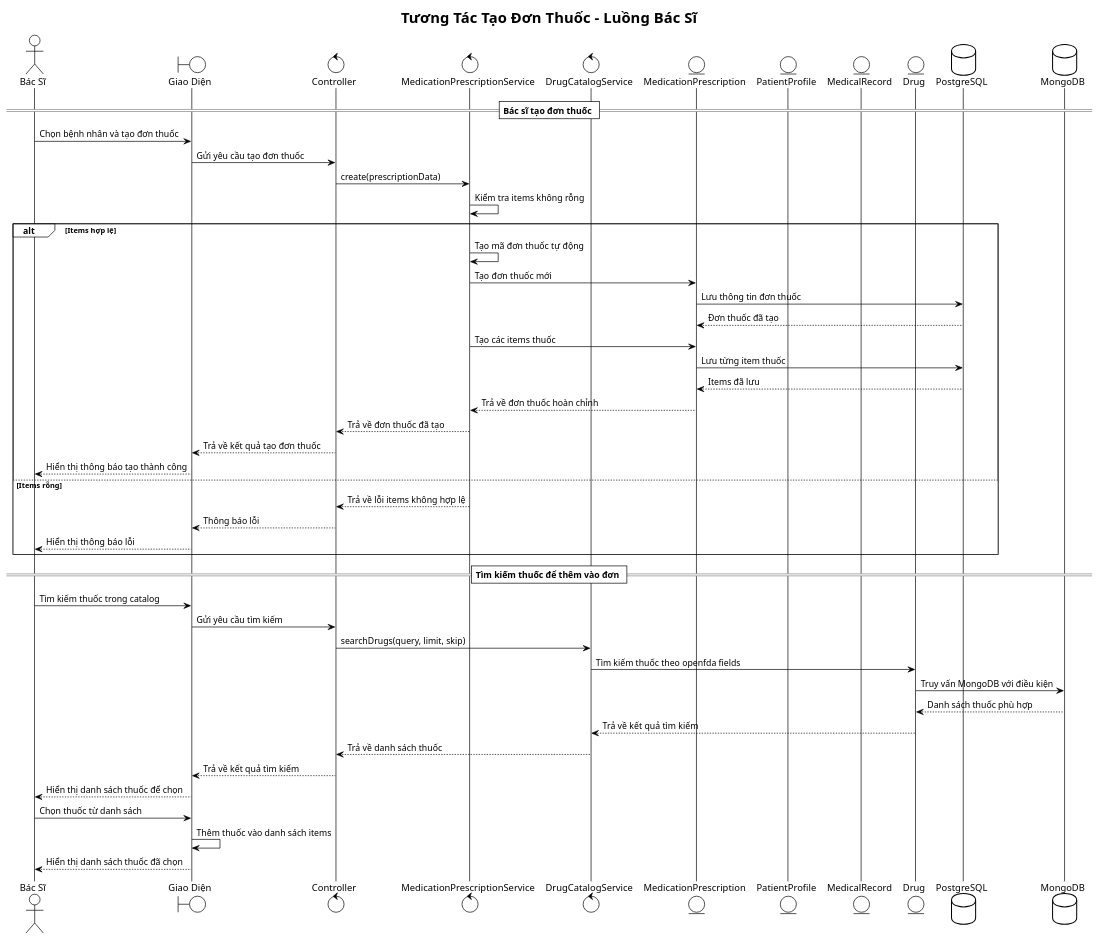
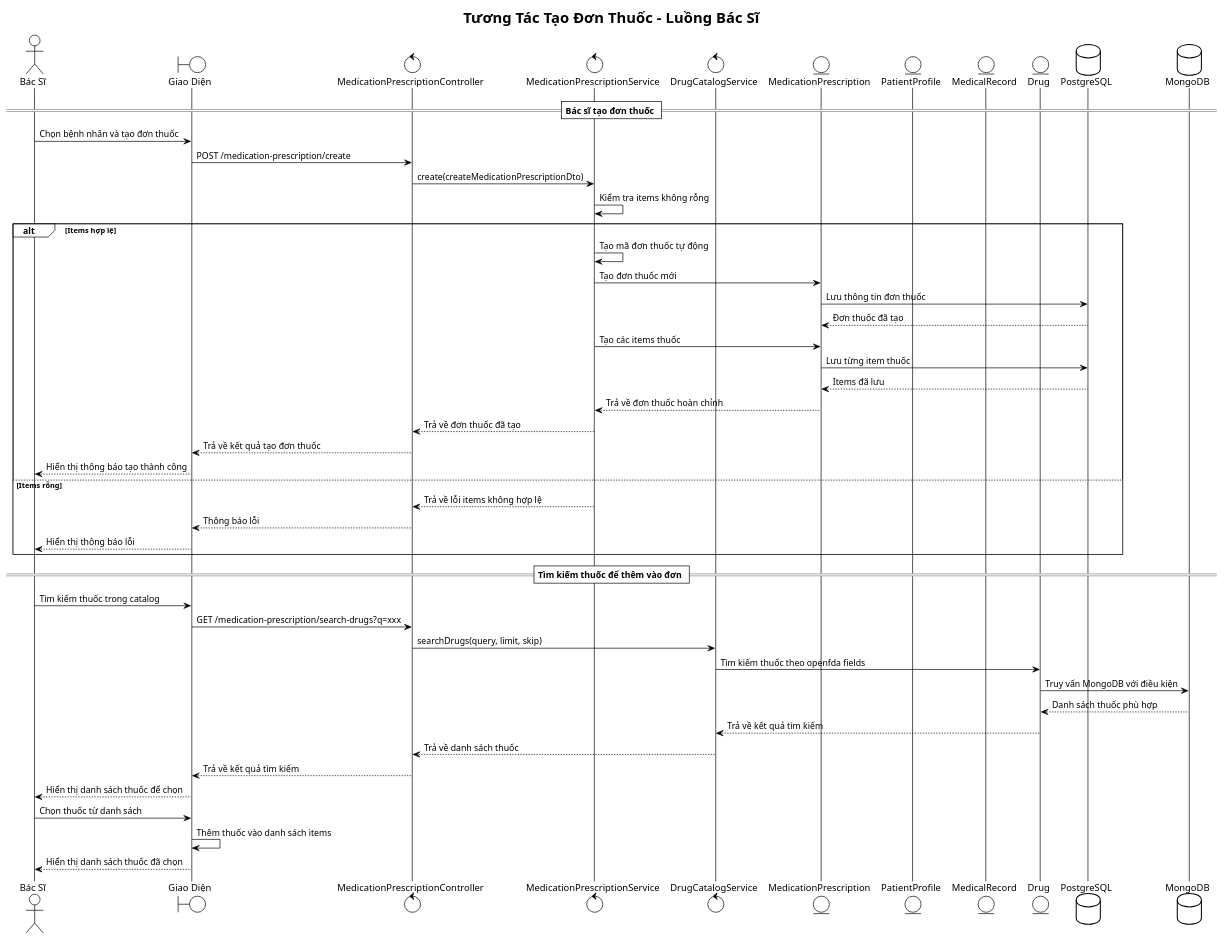
The diagram in docs/medication-prescription-sequence.puml (iamKhang/revita-be), drawn with PlantUML before and after one commit. The commit also changed 7 other files, not shown here.

Commit message:
Update sequence diagram

```diff
--- a/docs/medication-prescription-sequence.puml
+++ b/docs/medication-prescription-sequence.puml
@@ -1,62 +1,62 @@
 @startuml Medication Prescription Sequence Diagram
 !theme plain
 title Tương Tác Tạo Đơn Thuốc - Luồng Bác Sĩ
 
 actor "Bác Sĩ" as D
 boundary "Giao Diện" as F
-control "Controller" as C
+control "MedicationPrescriptionController" as C
 control "MedicationPrescriptionService" as M
 control "DrugCatalogService" as DC
 entity "MedicationPrescription" as MP
 entity "PatientProfile" as PP
 entity "MedicalRecord" as MR
 entity "Drug" as DR
 database "PostgreSQL" as PG
 database "MongoDB" as MG
 
 == Bác sĩ tạo đơn thuốc ==
 
 D -> F: Chọn bệnh nhân và tạo đơn thuốc
-F -> C: Gửi yêu cầu tạo đơn thuốc
-C -> M: create(prescriptionData)
+F -> C: POST /medication-prescription/create
+C -> M: create(createMedicationPrescriptionDto)
 M -> M: Kiểm tra items không rỗng
 
 alt Items hợp lệ
   M -> M: Tạo mã đơn thuốc tự động
   M -> MP: Tạo đơn thuốc mới
   MP -> PG: Lưu thông tin đơn thuốc
   PG --> MP: Đơn thuốc đã tạo
   
   M -> MP: Tạo các items thuốc
   MP -> PG: Lưu từng item thuốc
   PG --> MP: Items đã lưu
   MP --> M: Trả về đơn thuốc hoàn chỉnh
   
   M --> C: Trả về đơn thuốc đã tạo
   C --> F: Trả về kết quả tạo đơn thuốc
   F --> D: Hiển thị thông báo tạo thành công
   
 else Items rỗng
   M --> C: Trả về lỗi items không hợp lệ
   C --> F: Thông báo lỗi
   F --> D: Hiển thị thông báo lỗi
 end
 
 == Tìm kiếm thuốc để thêm vào đơn ==
 
 D -> F: Tìm kiếm thuốc trong catalog
-F -> C: Gửi yêu cầu tìm kiếm
+F -> C: GET /medication-prescription/search-drugs?q=xxx
 C -> DC: searchDrugs(query, limit, skip)
 DC -> DR: Tìm kiếm thuốc theo openfda fields
 DR -> MG: Truy vấn MongoDB với điều kiện
 MG --> DR: Danh sách thuốc phù hợp
 DR --> DC: Trả về kết quả tìm kiếm
 DC --> C: Trả về danh sách thuốc
 C --> F: Trả về kết quả tìm kiếm
 F --> D: Hiển thị danh sách thuốc để chọn
 
 D -> F: Chọn thuốc từ danh sách
 F -> F: Thêm thuốc vào danh sách items
 F --> D: Hiển thị danh sách thuốc đã chọn
 
 @enduml
```
